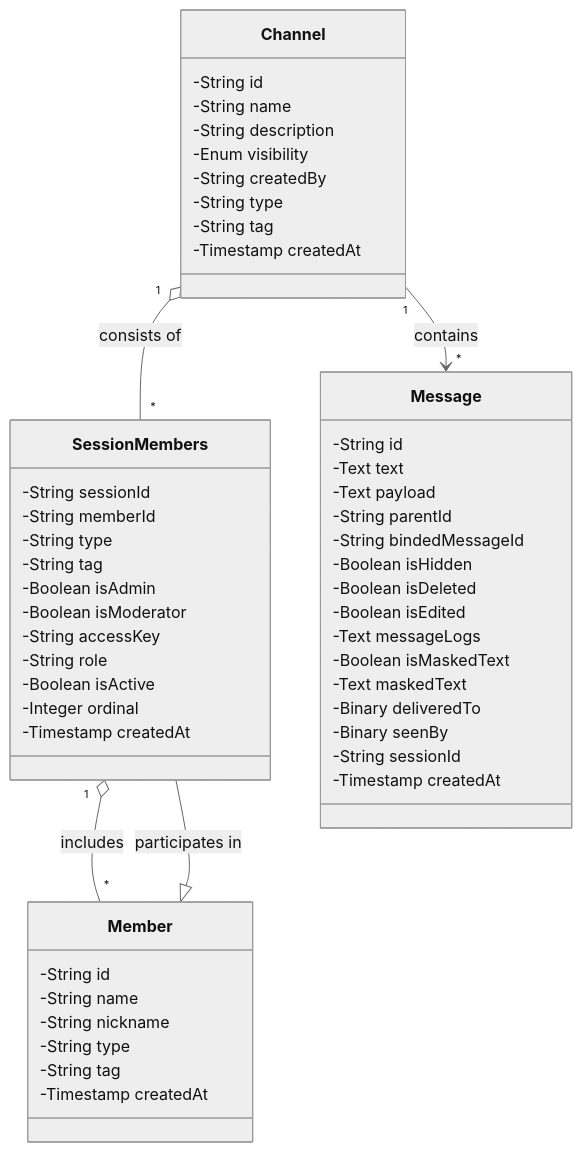
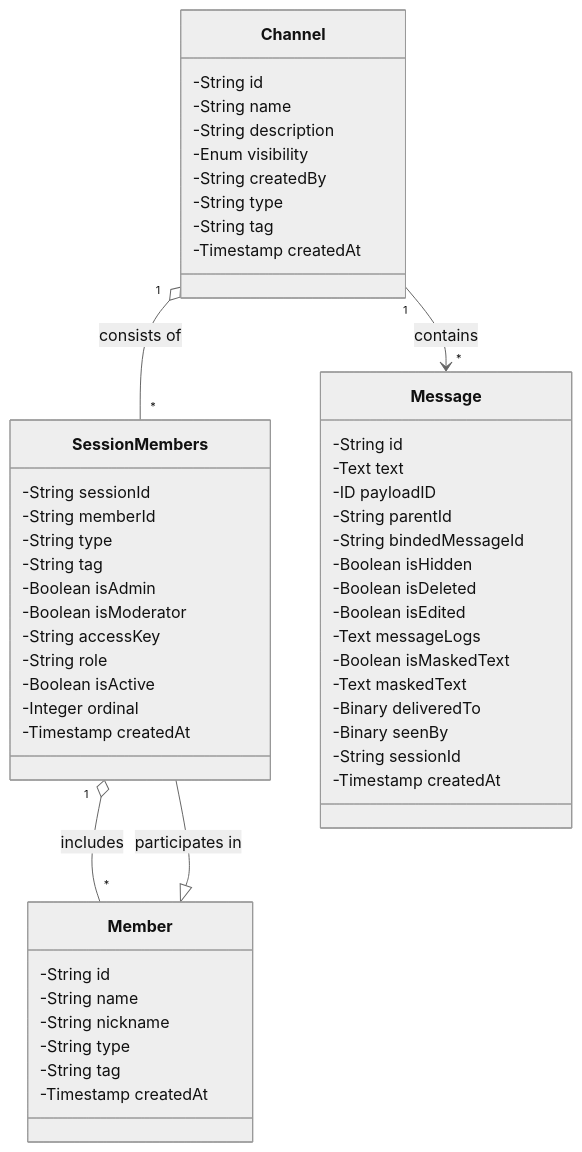
The diagram in documentation/UML_Class_Diagram.mmd (oudaykhaled/chat-service), drawn with Mermaid (neutral theme) before and after one commit.

```diff
--- a/documentation/UML_Class_Diagram.mmd
+++ b/documentation/UML_Class_Diagram.mmd
@@ -1,57 +1,57 @@
 classDiagram
     class Channel {
         -String id
         -String name
         -String description
         -Enum visibility
         -String createdBy
         -String type
         -String tag
         -Timestamp createdAt
     }
 
     class Member {
         -String id
         -String name
         -String nickname
         -String type
         -String tag
         -Timestamp createdAt
     }
 
     class SessionMembers {
         -String sessionId
         -String memberId
         -String type
         -String tag
         -Boolean isAdmin
         -Boolean isModerator
         -String accessKey
         -String role
         -Boolean isActive
         -Integer ordinal
         -Timestamp createdAt
     }
 
     class Message {
         -String id
         -Text text
-        -Text payload
+        -ID payloadID
         -String parentId
         -String bindedMessageId
         -Boolean isHidden
         -Boolean isDeleted
         -Boolean isEdited
         -Text messageLogs
         -Boolean isMaskedText
         -Text maskedText
         -Binary deliveredTo
         -Binary seenBy
         -String sessionId
         -Timestamp createdAt
     }
 
     Channel "1" o-- "*" SessionMembers : consists of
     SessionMembers "1" o-- "*" Member : includes
     Channel "1" --> "*" Message : contains
     Member <|-- SessionMembers : participates in
```
